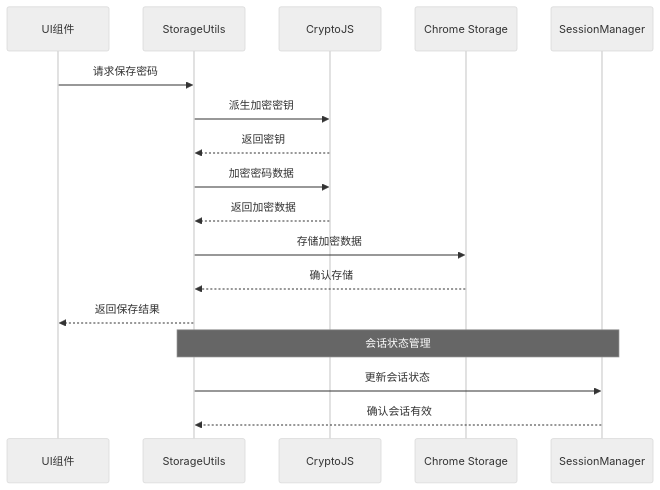
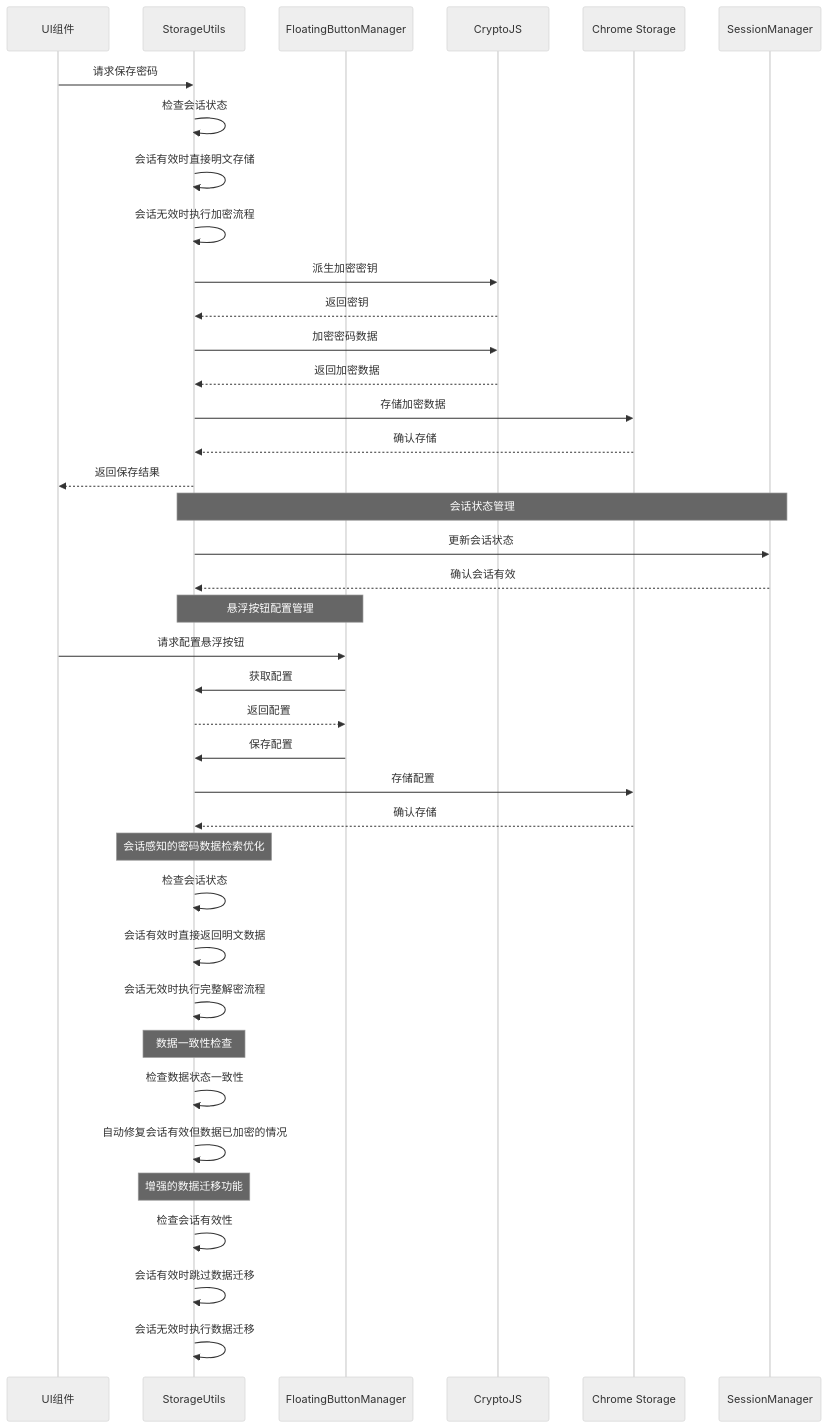
One commit to liaolongdong/account-password-helper changed the third of 13 diagrams in .qoder/repowiki/zh/content/核心模块/存储管理系统.md. Above: the diagram before and after it, drawn with Mermaid (neutral theme). The commit also changed other lines of this file and 23 other files, not shown here.

````diff
--- a/.qoder/repowiki/zh/content/核心模块/存储管理系统.md
+++ b/.qoder/repowiki/zh/content/核心模块/存储管理系统.md
@@ -157,19 +214,41 @@
 ```mermaid
 sequenceDiagram
 participant UI as UI组件
 participant Storage as StorageUtils
+participant FloatingMgr as FloatingButtonManager
 participant Crypto as CryptoJS
 participant Chrome as Chrome Storage
 participant Session as SessionManager
 UI->>Storage : 请求保存密码
+Storage->>Storage : 检查会话状态
+Storage->>Storage : 会话有效时直接明文存储
+Storage->>Storage : 会话无效时执行加密流程
 Storage->>Crypto : 派生加密密钥
 Crypto-->>Storage : 返回密钥
 Storage->>Crypto : 加密密码数据
 Crypto-->>Storage : 返回加密数据
 Storage->>Chrome : 存储加密数据
 Chrome-->>Storage : 确认存储
 Storage-->>UI : 返回保存结果
 Note over Storage,Session : 会话状态管理
 Storage->>Session : 更新会话状态
 Session-->>Storage : 确认会话有效
+Note over Storage,FloatingMgr : 悬浮按钮配置管理
+UI->>FloatingMgr : 请求配置悬浮按钮
+FloatingMgr->>Storage : 获取配置
+Storage-->>FloatingMgr : 返回配置
+FloatingMgr->>Storage : 保存配置
+Storage->>Chrome : 存储配置
+Chrome-->>Storage : 确认存储
+Note over Storage : 会话感知的密码数据检索优化
+Storage->>Storage : 检查会话状态
+Storage->>Storage : 会话有效时直接返回明文数据
+Storage->>Storage : 会话无效时执行完整解密流程
+Note over Storage : 数据一致性检查
+Storage->>Storage : 检查数据状态一致性
+Storage->>Storage : 自动修复会话有效但数据已加密的情况
+Note over Storage : 增强的数据迁移功能
+Storage->>Storage : 检查会话有效性
+Storage->>Storage : 会话有效时跳过数据迁移
+Storage->>Storage : 会话无效时执行数据迁移
 ```
````
